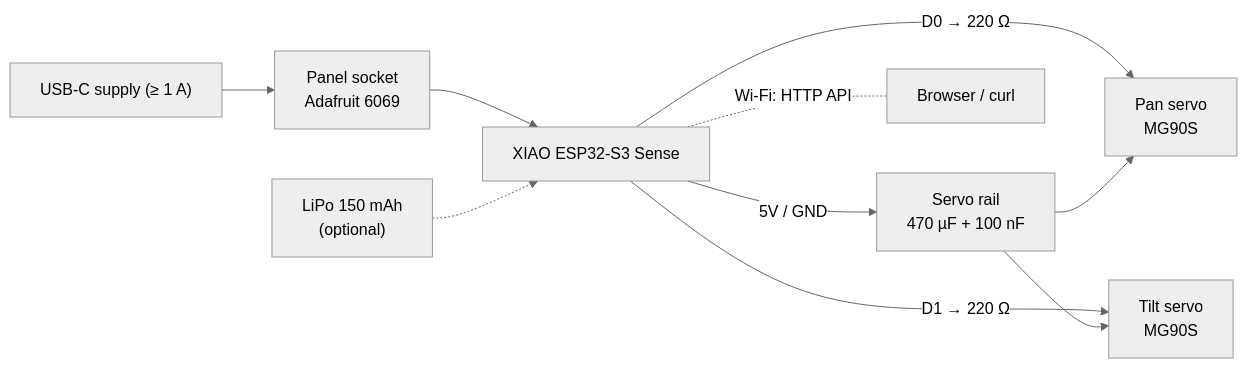
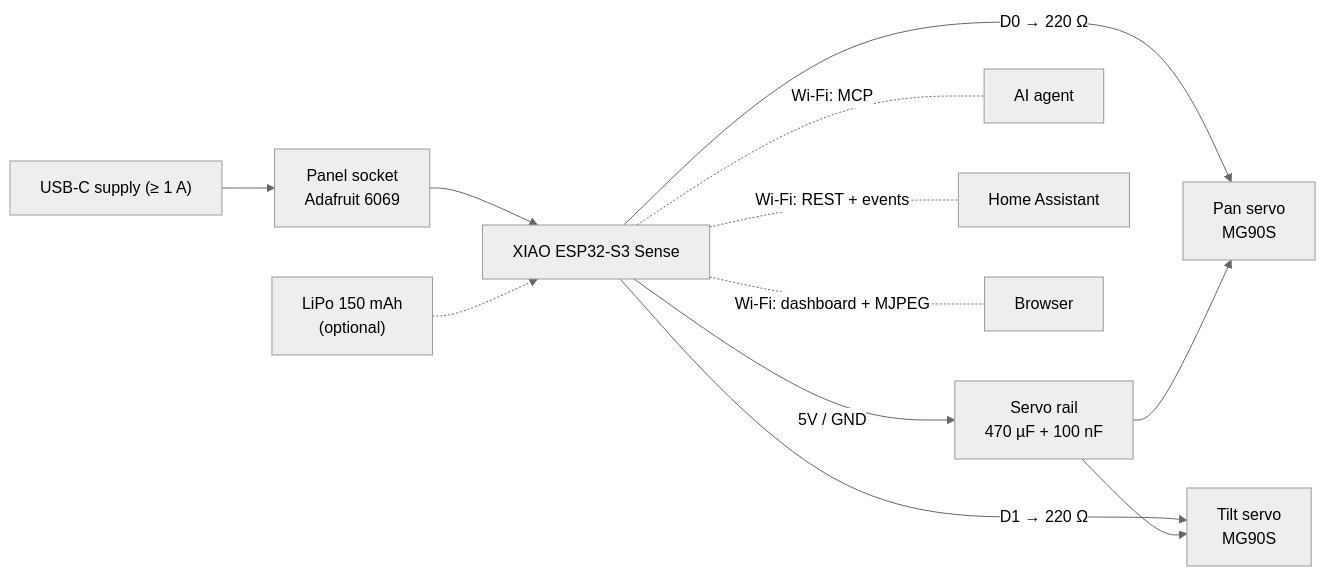
The diagram in README.md (alexnodeland/lynx), drawn with Mermaid (neutral theme) before and after one commit. The commit also changed other lines of this file and 3 other files, not shown here.

First line of the commit message:
docs: lead the README and site with agents, Home Assistant, tracking and custom models

````diff
--- a/README.md
+++ b/README.md
@@ -55,12 +114,14 @@
 ```mermaid
 flowchart LR
   USB["USB-C supply (≥ 1 A)"] --> SOCK["Panel socket<br/>Adafruit 6069"]
   SOCK --> XIAO["XIAO ESP32-S3 Sense"]
   BAT["LiPo 150 mAh<br/>(optional)"] -.-> XIAO
   XIAO -- "5V / GND" --> RAIL["Servo rail<br/>470 µF + 100 nF"]
   XIAO -- "D0 → 220 Ω" --> PAN["Pan servo<br/>MG90S"]
   XIAO -- "D1 → 220 Ω" --> TILT["Tilt servo<br/>MG90S"]
   RAIL --> PAN
   RAIL --> TILT
-  XIAO -. "Wi-Fi: HTTP API" .- CLIENT["Browser / curl"]
+  XIAO -. "Wi-Fi: MCP" .- AGENT["AI agent"]
+  XIAO -. "Wi-Fi: REST + events" .- HA["Home Assistant"]
+  XIAO -. "Wi-Fi: dashboard + MJPEG" .- CLIENT["Browser"]
 ```
````
